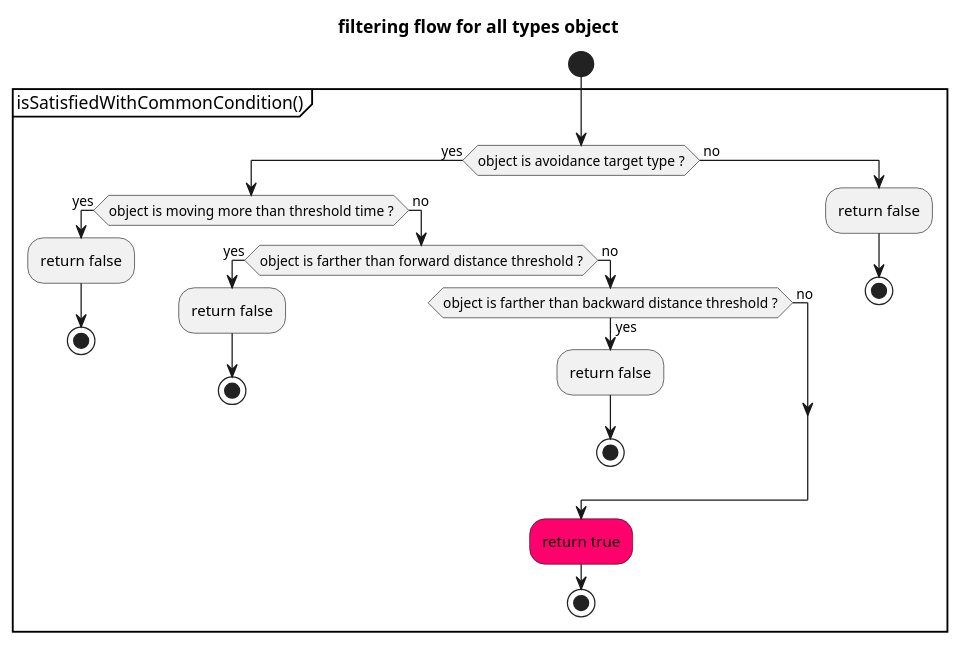
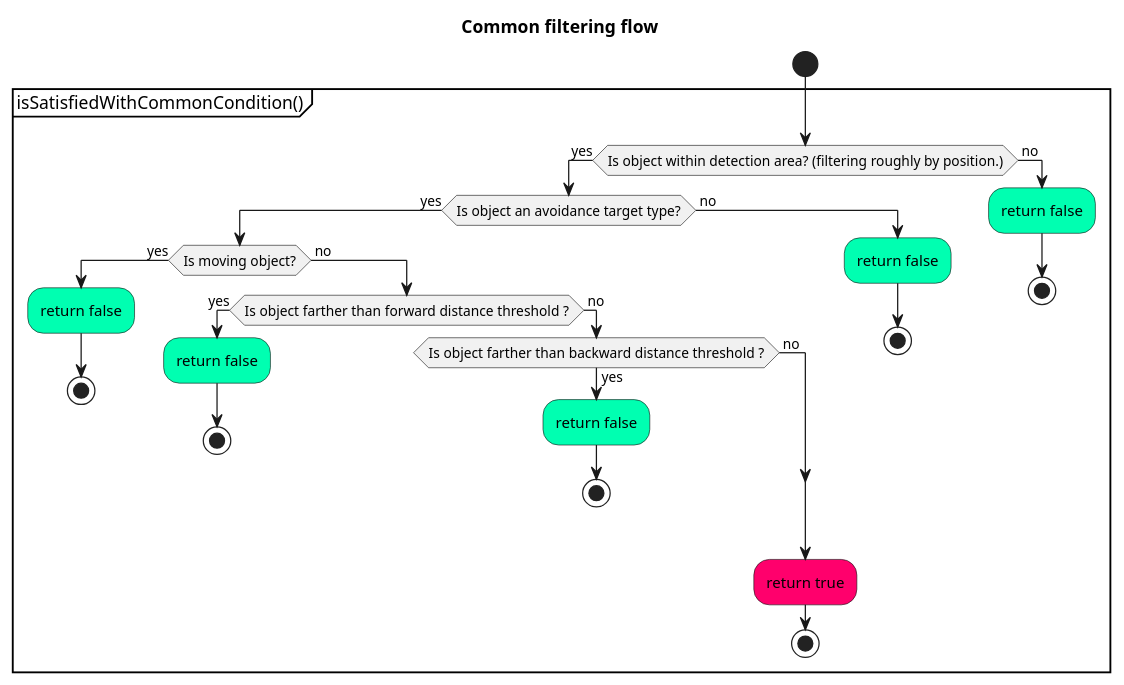
The fourth of 9 diagrams in planning/autoware_behavior_path_static_obstacle_avoidance_module/README.md (autowarefoundation/autoware), drawn with PlantUML before and after one commit. The commit also changed other lines of this file and 58 other files, not shown here.

````diff
--- a/planning/autoware_behavior_path_static_obstacle_avoidance_module/README.md
+++ b/planning/autoware_behavior_path_static_obstacle_avoidance_module/README.md
@@ -252,35 +426,41 @@
 ```plantuml
 @startuml
 skinparam defaultTextAlignment center
 skinparam noteTextAlignment left
 
-title filtering flow for all types object
+title Common filtering flow
 start
 
 partition isSatisfiedWithCommonCondition() {
-if(object is avoidance target type ?) then (yes)
-if(object is moving more than threshold time ?) then (yes)
-:return false;
+if(Is object within detection area? (filtering roughly by position.)) then (yes)
+if(Is object an avoidance target type?) then (yes)
+if(Is moving object?) then (yes)
+#00FFB1 :return false;
 stop
 else (\n no)
-if(object is farther than forward distance threshold ?) then (yes)
-:return false;
+if(Is object farther than forward distance threshold ?) then (yes)
+#00FFB1 :return false;
 stop
 else (\n no)
-If(object is farther than backward distance threshold ?) then (yes)
-:return false;
+If(Is object farther than backward distance threshold ?) then (yes)
+#00FFB1 :return false;
 stop
 else (\n no)
 endif
 endif
 endif
 else (\n no)
-:return false;
+#00FFB1 :return false;
+stop
+endif
+else (\n no)
+#00FFB1 :return false;
 stop
 endif
 #FF006C :return true;
 stop
 }
 
 @enduml
+
 ```
````
